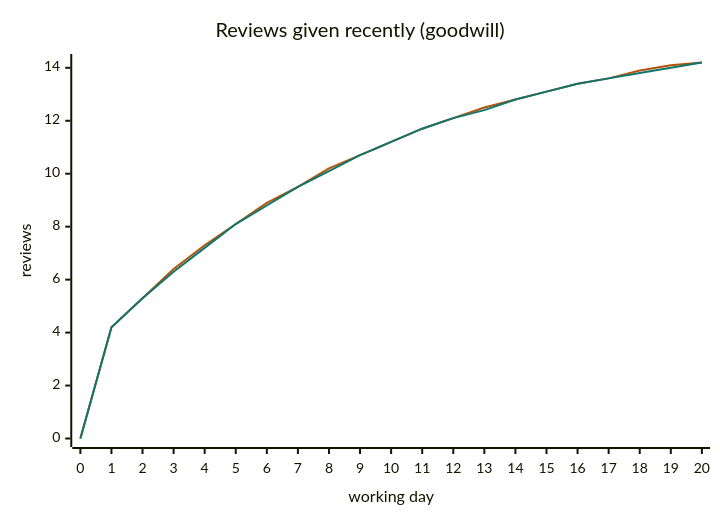
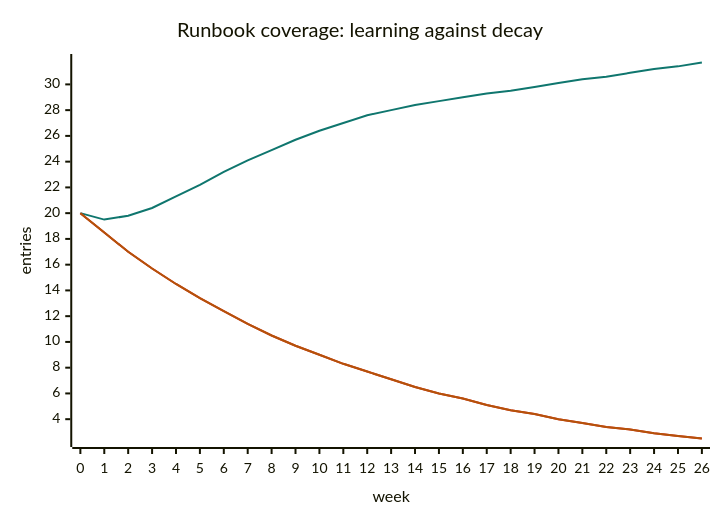
One commit to danroblewis/orchestra changed diagram 14 of 38 in docs/user-story-diagrams.md. Above: the diagram before and after it, drawn with Mermaid. The commit also changed other lines of this file and 30 other files, not shown here.

````diff
--- a/docs/user-story-diagrams.md
+++ b/docs/user-story-diagrams.md
@@ -467,14 +573,15 @@
 ```mermaid
 ---
 config:
   themeVariables:
     xyChart:
-      plotColorPalette: "#b45309, #0f766e"
+      plotColorPalette: "#0f766e, #dc2626, #b45309"
 ---
 xychart-beta
-  title "Reviews given recently (goodwill)"
-  x-axis "working day" [0, 1, 2, 3, 4, 5, 6, 7, 8, 9, 10, 11, 12, 13, 14, 15, 16, 17, 18, 19, 20]
-  y-axis "reviews"
-  line [0.0, 4.2, 5.3, 6.4, 7.3, 8.1, 8.9, 9.5, 10.2, 10.7, 11.2, 11.7, 12.1, 12.5, 12.8, 13.1, 13.4, 13.6, 13.9, 14.1, 14.2]
-  line [0.0, 4.2, 5.3, 6.3, 7.2, 8.1, 8.8, 9.5, 10.1, 10.7, 11.2, 11.7, 12.1, 12.4, 12.8, 13.1, 13.4, 13.6, 13.8, 14.0, 14.2]
+  title "Runbook coverage: learning against decay"
+  x-axis "week" [0, 1, 2, 3, 4, 5, 6, 7, 8, 9, 10, 11, 12, 13, 14, 15, 16, 17, 18, 19, 20, 21, 22, 23, 24, 25, 26]
+  y-axis "entries"
+  line [20.0, 19.5, 19.8, 20.4, 21.3, 22.2, 23.2, 24.1, 24.9, 25.7, 26.4, 27.0, 27.6, 28.0, 28.4, 28.7, 29.0, 29.3, 29.5, 29.8, 30.1, 30.4, 30.6, 30.9, 31.2, 31.4, 31.7]
+  line [20.0, 18.5, 17.0, 15.7, 14.5, 13.4, 12.4, 11.4, 10.5, 9.7, 9.0, 8.3, 7.7, 7.1, 6.5, 6.0, 5.6, 5.1, 4.7, 4.4, 4.0, 3.7, 3.4, 3.2, 2.9, 2.7, 2.5]
+  line [20.0, 18.5, 17.0, 15.7, 14.5, 13.4, 12.4, 11.4, 10.5, 9.7, 9.0, 8.3, 7.7, 7.1, 6.5, 6.0, 5.6, 5.1, 4.7, 4.4, 4.0, 3.7, 3.4, 3.2, 2.9, 2.7, 2.5]
 ```
````
